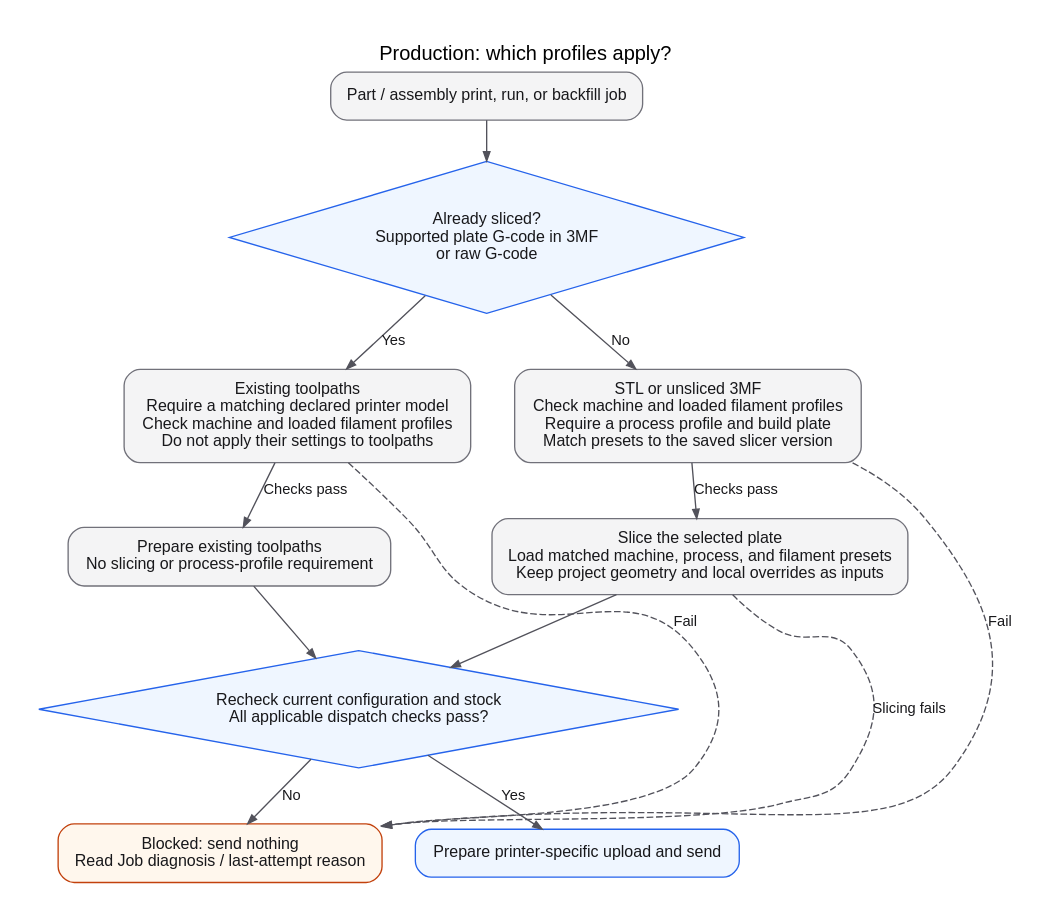
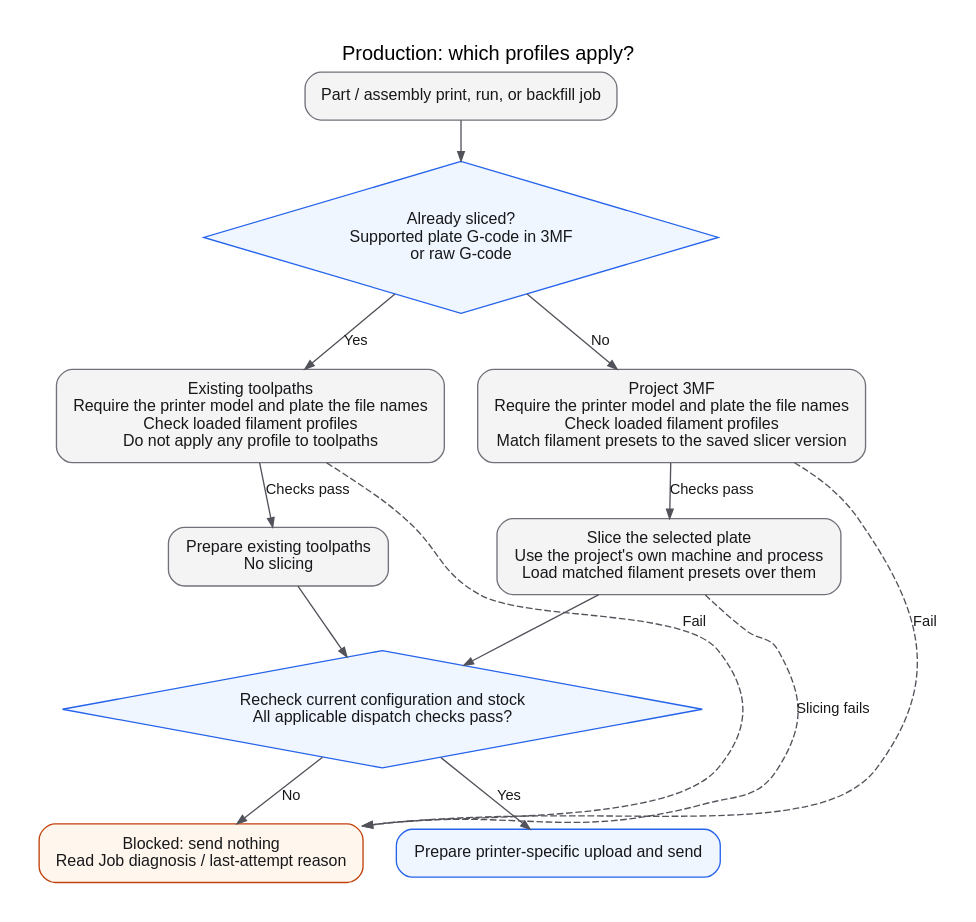
Before and after one commit to getopenfarm/openfarm: the diagram in dev-notes/diagrams/profile-production-flow.dot, drawn with Graphviz. The commit also changed 170 other files, not shown here.

First line of the commit message:
feat(printers): file decides slicing profiles; add Mark not ready hold

```diff
--- a/dev-notes/diagrams/profile-production-flow.dot
+++ b/dev-notes/diagrams/profile-production-flow.dot
@@ -1,31 +1,31 @@
 // Regenerate from the repository root:
 // dot -Tsvg dev-notes/diagrams/profile-production-flow.dot -o docs/static/img/profile-production-flow.svg
 digraph ProfileProduction {
   graph [rankdir=TB, bgcolor="#ffffff", pad="0.3", nodesep="0.35", ranksep="0.4", fontname="Arial", fontsize=15, label="Production: which profiles apply?", labelloc=t];
   node [shape=box, style="rounded,filled", fillcolor="#f4f4f5", color="#71717a", fontname="Arial", fontsize=12, margin="0.18,0.12", fontcolor="#18181b"];
   edge [fontname="Arial", fontsize=11, color="#52525b", fontcolor="#18181b", arrowsize=0.7];
   start [label="Part / assembly print, run, or backfill job"];
   sliced [shape=diamond, style=filled, fillcolor="#eff6ff", color="#2563eb", label="Already sliced?\nSupported plate G-code in 3MF\nor raw G-code"];
-  stored [label="Existing toolpaths\nRequire a matching declared printer model\nCheck machine and loaded filament profiles\nDo not apply their settings to toolpaths"];
-  newfile [label="STL or unsliced 3MF\nCheck machine and loaded filament profiles\nRequire a process profile and build plate\nMatch presets to the saved slicer version"];
-  keep [label="Prepare existing toolpaths\nNo slicing or process-profile requirement"];
-  slice [label="Slice the selected plate\nLoad matched machine, process, and filament presets\nKeep project geometry and local overrides as inputs"];
+  stored [label="Existing toolpaths\nRequire the printer model and plate the file names\nCheck loaded filament profiles\nDo not apply any profile to toolpaths"];
+  newfile [label="Project 3MF\nRequire the printer model and plate the file names\nCheck loaded filament profiles\nMatch filament presets to the saved slicer version"];
+  keep [label="Prepare existing toolpaths\nNo slicing"];
+  slice [label="Slice the selected plate\nUse the project's own machine and process\nLoad matched filament presets over them"];
   check [label="Recheck current configuration and stock\nAll applicable dispatch checks pass?", shape=diamond, style=filled, fillcolor="#eff6ff", color="#2563eb"];
   blocked [label="Blocked: send nothing\nRead Job diagnosis / last-attempt reason", fillcolor="#fff7ed", color="#c2410c"];
   send [label="Prepare printer-specific upload and send", fillcolor="#eff6ff", color="#2563eb"];
   start -> sliced;
   sliced -> stored [label="Yes"];
   sliced -> newfile [label="No"];
   stored -> keep [label="Checks pass"];
   newfile -> slice [label="Checks pass"];
   stored -> blocked [label="Fail", style=dashed, constraint=false];
   newfile -> blocked [label="Fail", style=dashed, constraint=false];
   keep -> check;
   slice -> check;
   check -> send [label="Yes"];
   check -> blocked [label="No"];
   slice -> blocked [label="Slicing fails", style=dashed, constraint=false];
   { rank=same; stored; newfile; }
   { rank=same; keep; slice; }
   { rank=same; send; blocked; }
 }
```
